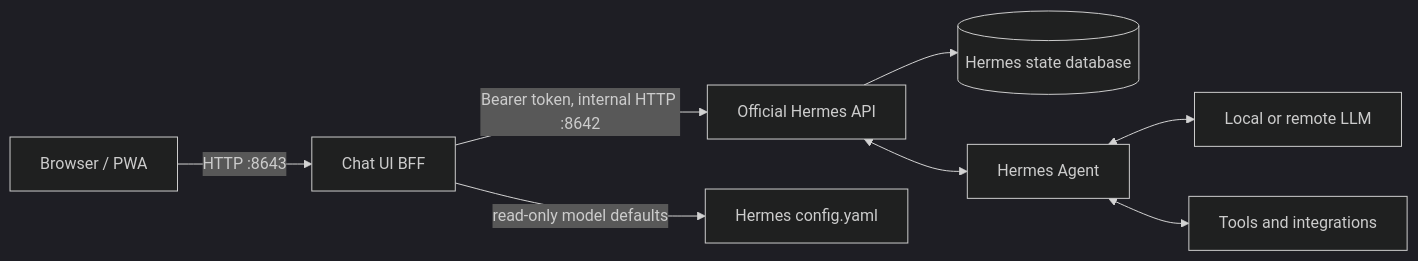
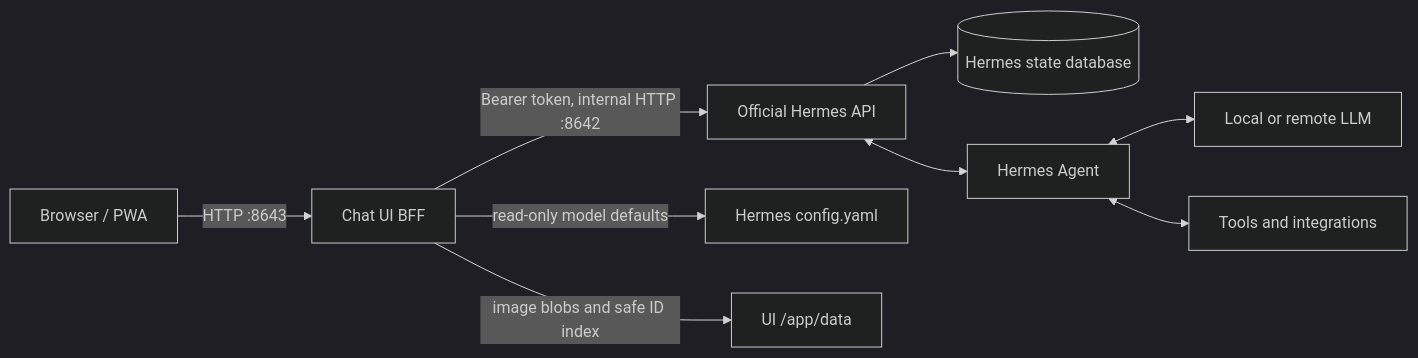
The diagram in README.md (lukegskw/hermes-chat-ui), drawn with Mermaid (dark theme) before and after one commit. The commit also changed other lines of this file and 12 other files, not shown here.

````diff
--- a/README.md
+++ b/README.md
@@ -55,10 +55,11 @@
 ```mermaid
 graph LR
     Browser[Browser / PWA] -->|HTTP :8643| Proxy[Chat UI BFF]
     Proxy -->|Bearer token, internal HTTP :8642| API[Official Hermes API]
     Proxy -->|read-only model defaults| Config[Hermes config.yaml]
+    Proxy -->|image blobs and safe ID index| UIData[UI /app/data]
     API --> DB[(Hermes state database)]
     API <--> Agent[Hermes Agent]
     Agent <--> LLM[Local or remote LLM]
     Agent <--> Tools[Tools and integrations]
 ```
````
